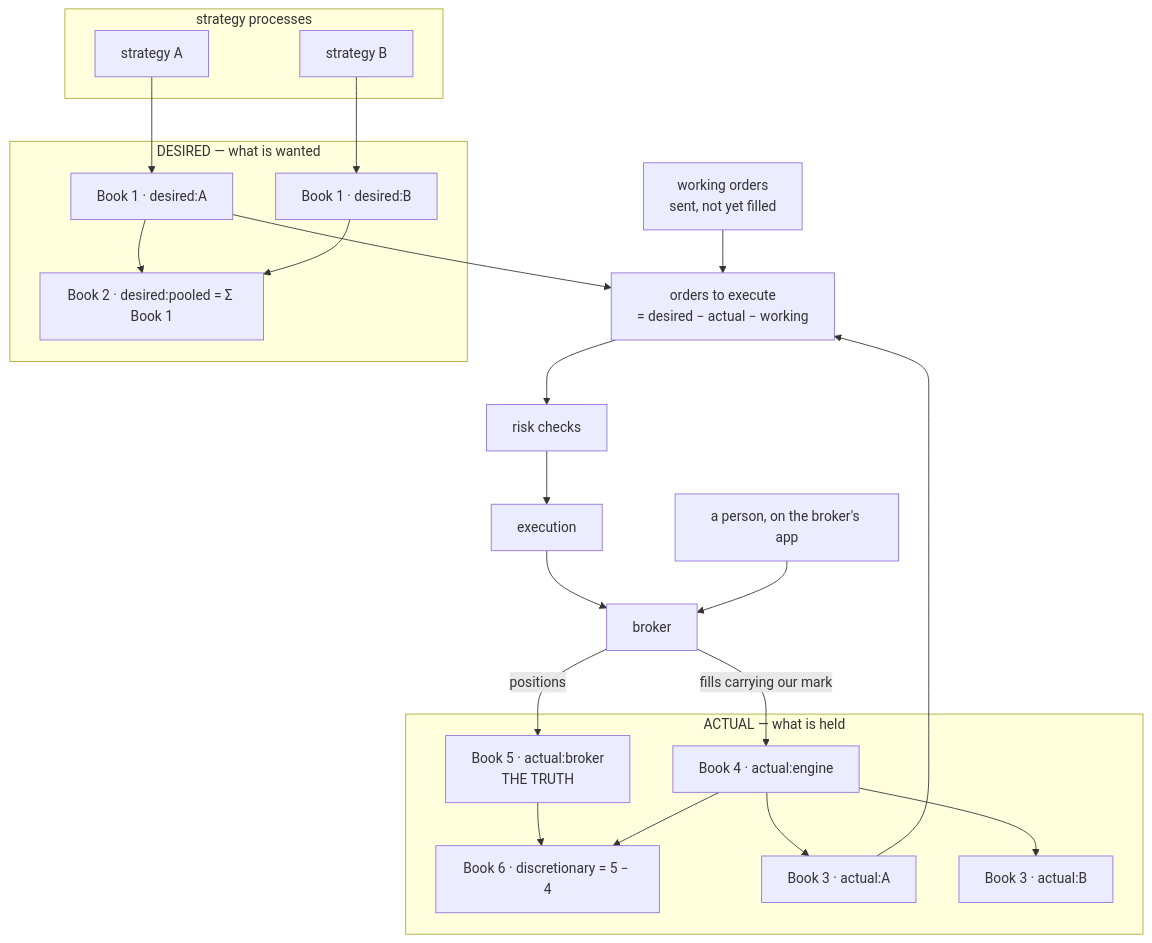
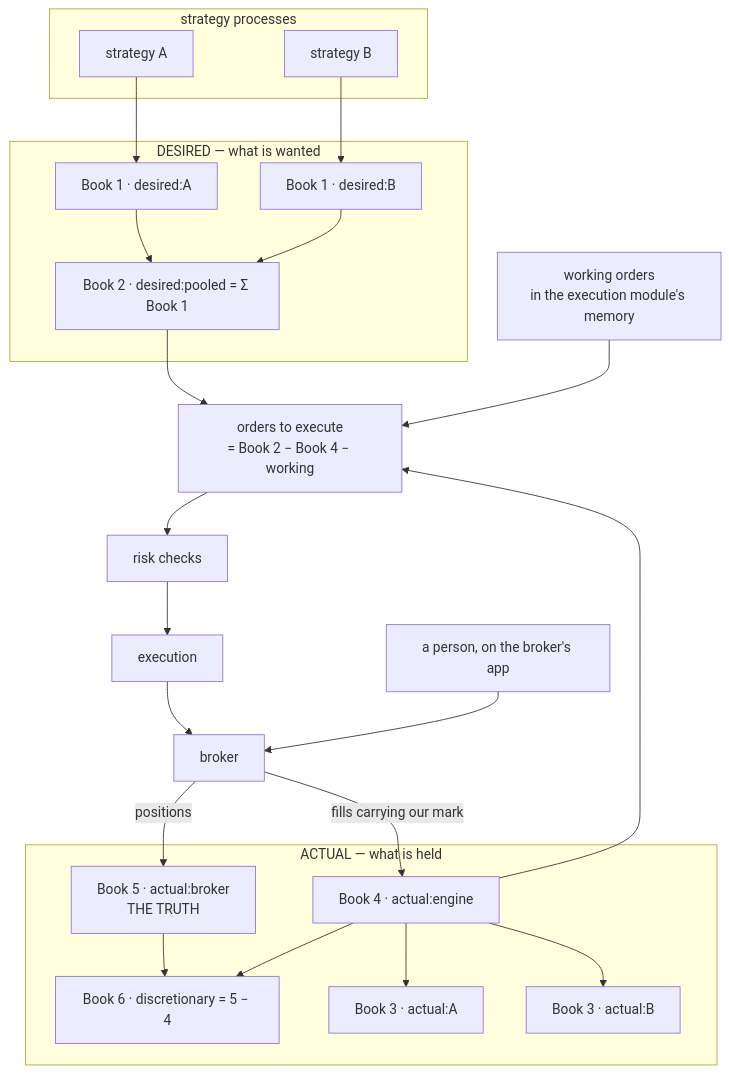
The first of 2 diagrams in docs/design/execution/books.md (lalitkarthik/delta-exchange-payoff), drawn with Mermaid before and after one commit. The commit also changed other lines of this file and 10 other files, not shown here.

First line of the commit message:
The execution half revised after review: pooled diffing, working orders in the engine, Book 3's tag problem

````diff
--- a/docs/design/execution/books.md
+++ b/docs/design/execution/books.md
@@ -26,23 +27,23 @@
 ```mermaid
 flowchart TB
   subgraph S["strategy processes"]
     S1["strategy A"]; S2["strategy B"]
   end
   subgraph D["DESIRED — what is wanted"]
     B1a["Book 1 · desired:A"]; B1b["Book 1 · desired:B"]; B2["Book 2 · desired:pooled = Σ Book 1"]
     B1a --> B2; B1b --> B2
   end
   subgraph A["ACTUAL — what is held"]
     B5["Book 5 · actual:broker<br/>THE TRUTH"]; B4["Book 4 · actual:engine"]; B6["Book 6 · discretionary = 5 − 4"]
     B3a["Book 3 · actual:A"]; B3b["Book 3 · actual:B"]
     B5 --> B6; B4 --> B6; B4 --> B3a; B4 --> B3b
   end
-  W["working orders<br/>sent, not yet filled"]
-  O["orders to execute<br/>= desired − actual − working"]
+  W["working orders<br/>in the execution module's memory"]
+  O["orders to execute<br/>= Book 2 − Book 4 − working"]
   S1 --> B1a; S2 --> B1b
-  B1a & B3a & W --> O
+  B2 & B4 & W --> O
   O --> RMS["risk checks"] --> X["execution"] --> BK["broker"]
   BK -- "positions" --> B5
   BK -- "fills carrying our mark" --> B4
   H["a person, on the broker's app"] --> BK
 ```
````
